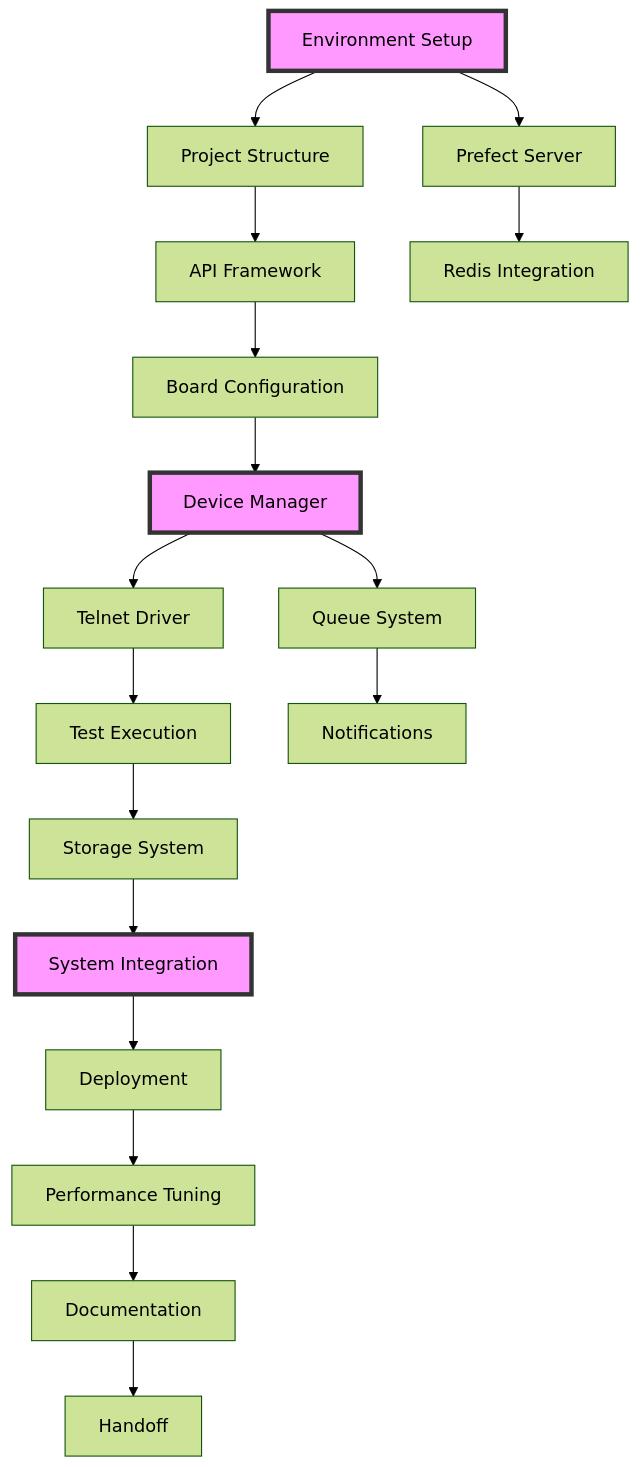
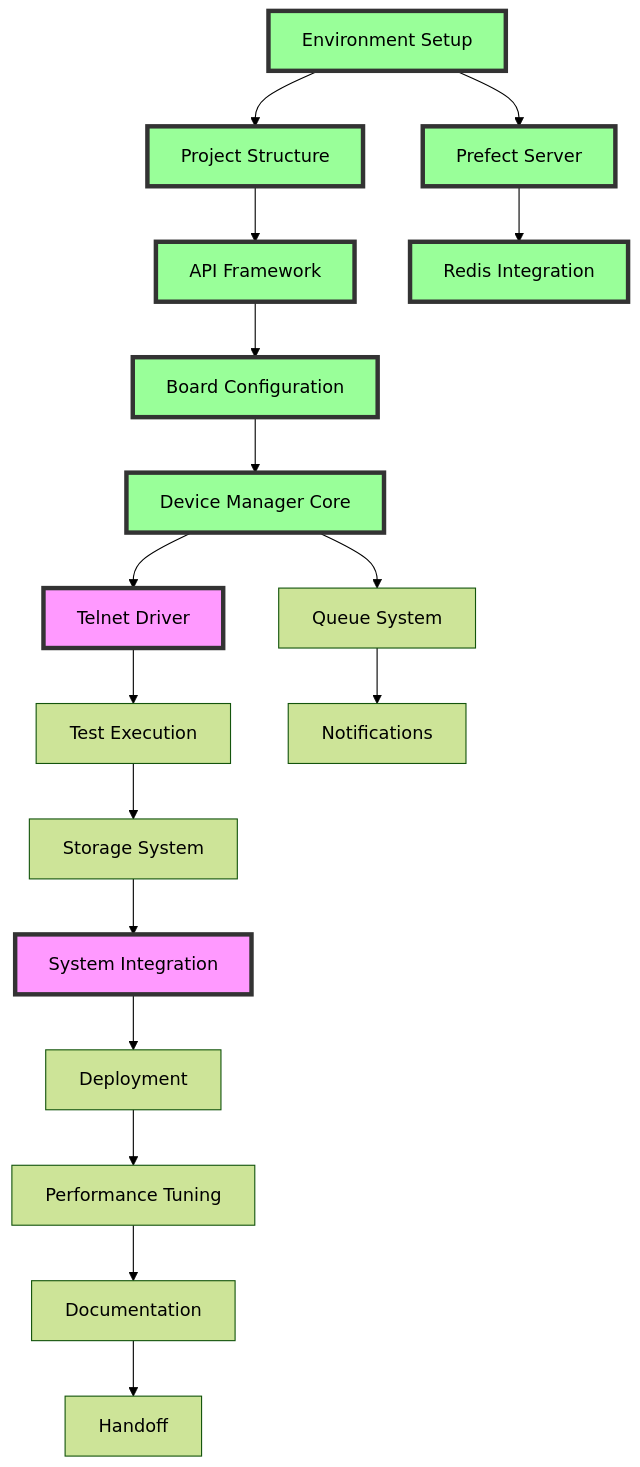
One commit to litanlitudan/soc-validation changed the third of 4 diagrams in .spec-workflow/specs/soc-validation/tasks.md. Above: the diagram before and after it, drawn with Mermaid (forest theme). The commit also changed other lines of this file and 13 other files, not shown here.

````diff
--- a/.spec-workflow/specs/soc-validation/tasks.md
+++ b/.spec-workflow/specs/soc-validation/tasks.md
@@ -235,25 +246,31 @@
 ```mermaid
 graph TD
     A[Environment Setup] --> B[Project Structure]
     A --> C[Prefect Server]
     B --> D[API Framework]
     C --> E[Redis Integration]
     D --> F[Board Configuration]
 
-    F --> G[Device Manager]
+    F --> G[Device Manager Core]
     G --> H[Telnet Driver]
     G --> I[Queue System]
     H --> J[Test Execution]
     I --> K[Notifications]
     J --> L[Storage System]
 
     L --> M[System Integration]
     M --> N[Deployment]
     N --> O[Performance Tuning]
     O --> P[Documentation]
     P --> Q[Handoff]
 
-    style A fill:#f9f,stroke:#333,stroke-width:4px
-    style G fill:#f9f,stroke:#333,stroke-width:4px
+    style A fill:#9f9,stroke:#333,stroke-width:4px
+    style B fill:#9f9,stroke:#333,stroke-width:4px
+    style C fill:#9f9,stroke:#333,stroke-width:4px
+    style D fill:#9f9,stroke:#333,stroke-width:4px
+    style E fill:#9f9,stroke:#333,stroke-width:4px
+    style F fill:#9f9,stroke:#333,stroke-width:4px
+    style G fill:#9f9,stroke:#333,stroke-width:4px
+    style H fill:#f9f,stroke:#333,stroke-width:4px
     style M fill:#f9f,stroke:#333,stroke-width:4px
 ```
````
